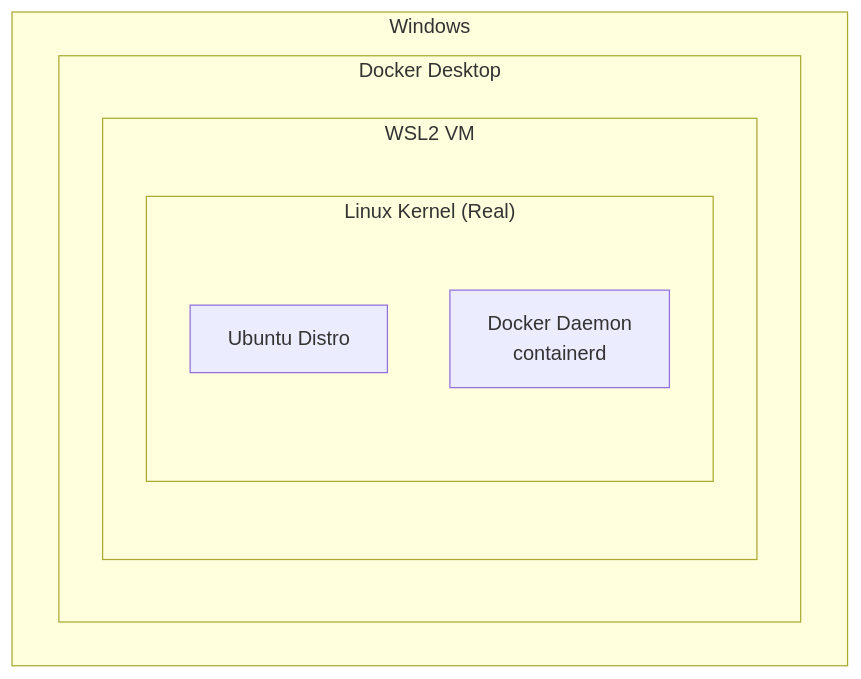
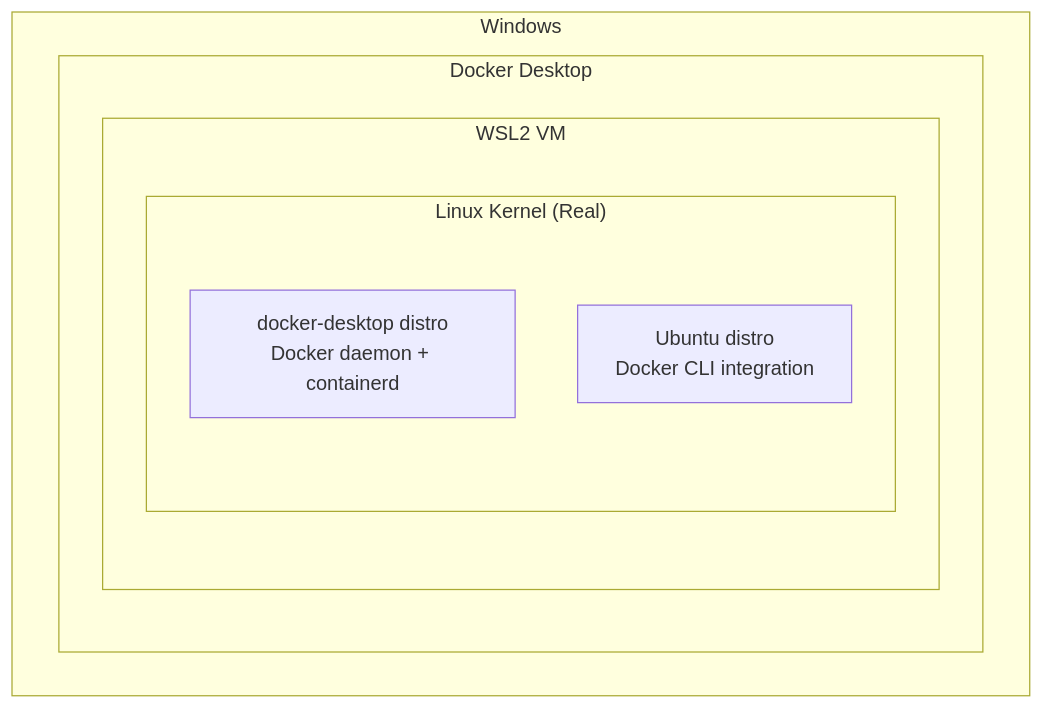
Before and after one commit to OneUptime/blog: the diagram in posts/2026-01-16-docker-wsl2-windows/README.md, drawn with Mermaid. The commit also changed other lines of this file and 5 other files, not shown here.

````diff
--- a/posts/2026-01-16-docker-wsl2-windows/README.md
+++ b/posts/2026-01-16-docker-wsl2-windows/README.md
@@ -15,13 +15,13 @@
 ```mermaid
 flowchart TB
     subgraph Windows["Windows"]
         subgraph DockerDesktop["Docker Desktop"]
             subgraph WSL2["WSL2 VM"]
                 subgraph Kernel["Linux Kernel (Real)"]
-                    Ubuntu[Ubuntu Distro]
-                    Docker[Docker Daemon<br/>containerd]
+                    DockerDistro[docker-desktop distro<br/>Docker daemon + containerd]
+                    Ubuntu[Ubuntu distro<br/>Docker CLI integration]
                 end
             end
         end
     end
 ```
````
